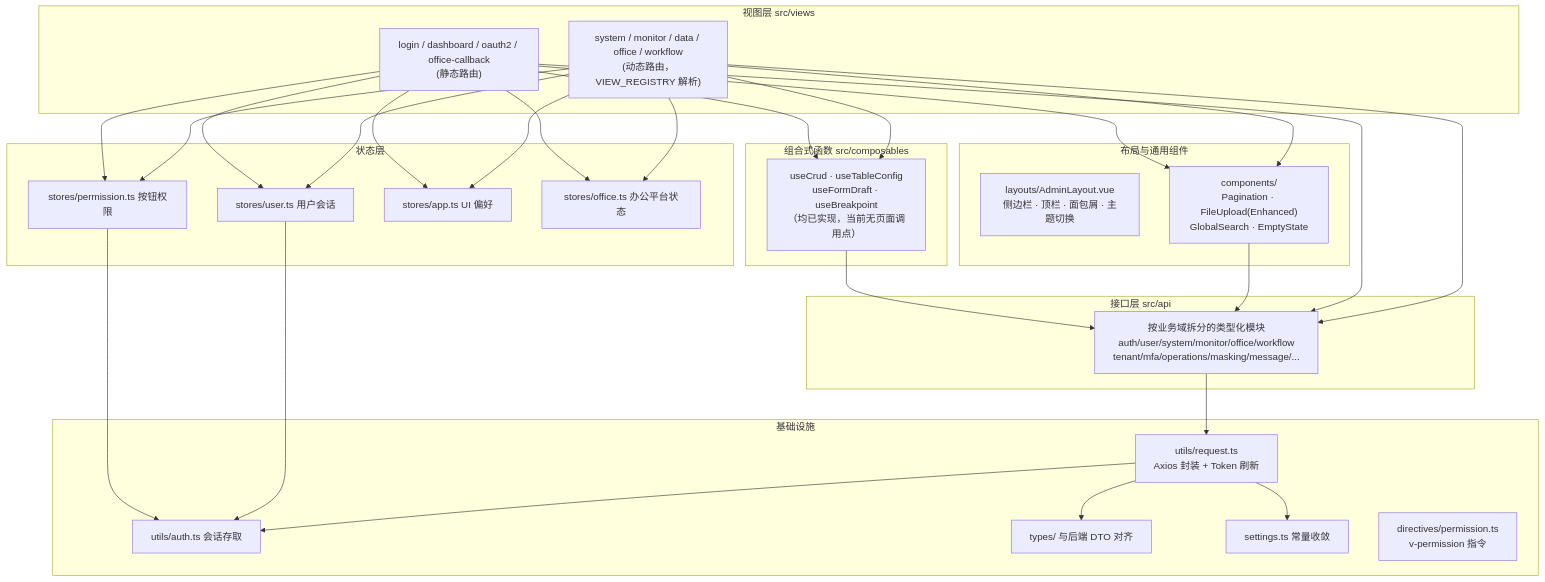
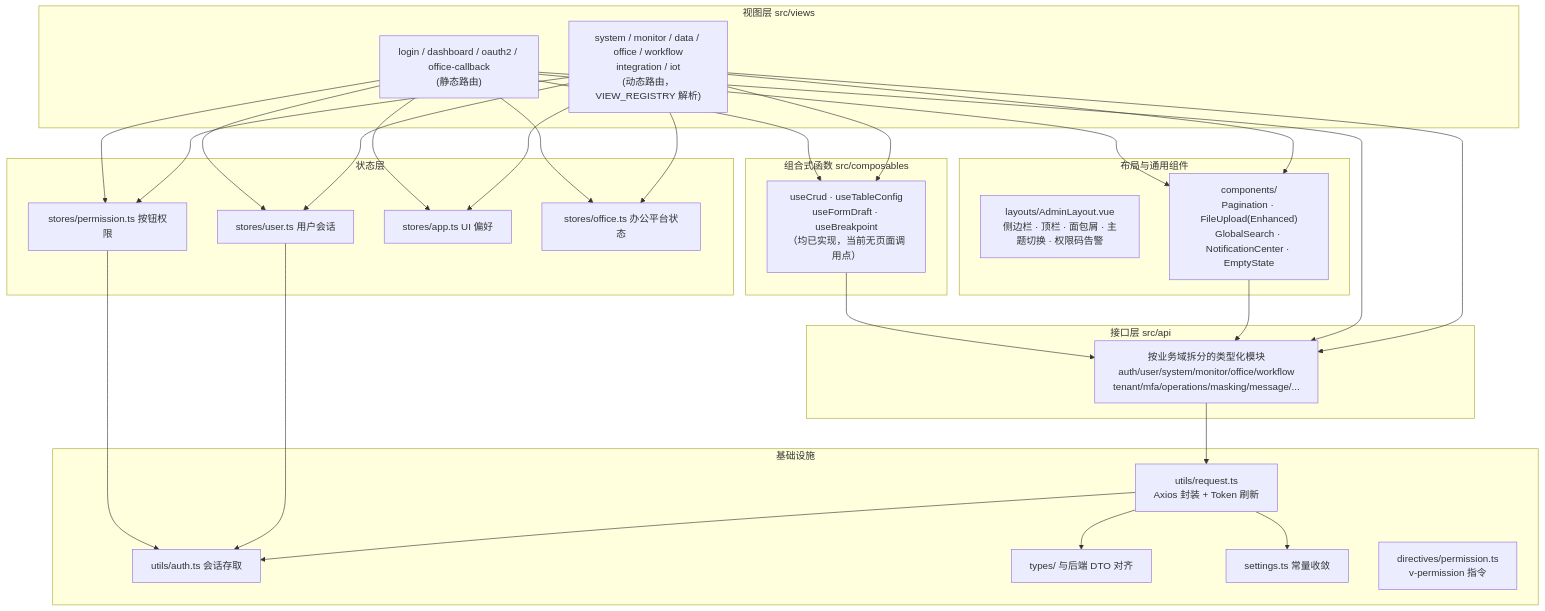
The second of 4 diagrams in docs/architecture/overview.md (apex-cloud-service/apex-admin-web), drawn with Mermaid before and after one commit. The commit also changed other lines of this file and 22 other files, not shown here.

````diff
--- a/docs/architecture/overview.md
+++ b/docs/architecture/overview.md
@@ -62,44 +68,44 @@
 ```mermaid
 flowchart TB
     subgraph Views["视图层 src/views"]
-        V1["system / monitor / data / office / workflow<br/>(动态路由，VIEW_REGISTRY 解析)"]
+        V1["system / monitor / data / office / workflow<br/>integration / iot<br/>(动态路由，VIEW_REGISTRY 解析)"]
         V2["login / dashboard / oauth2 / office-callback<br/>(静态路由)"]
     end
 
     subgraph Layout["布局与通用组件"]
-        L1["layouts/AdminLayout.vue<br/>侧边栏 · 顶栏 · 面包屑 · 主题切换"]
-        L2["components/<br/>Pagination · FileUpload(Enhanced)<br/>GlobalSearch · EmptyState"]
+        L1["layouts/AdminLayout.vue<br/>侧边栏 · 顶栏 · 面包屑 · 主题切换 · 权限码告警"]
+        L2["components/<br/>Pagination · FileUpload(Enhanced)<br/>GlobalSearch · NotificationCenter · EmptyState"]
     end
 
     subgraph State["状态层"]
         S1["stores/user.ts 用户会话"]
         S2["stores/permission.ts 按钮权限"]
         S3["stores/app.ts UI 偏好"]
         S4["stores/office.ts 办公平台状态"]
     end
 
     subgraph Compose["组合式函数 src/composables"]
         C1["useCrud · useTableConfig<br/>useFormDraft · useBreakpoint<br/>（均已实现，当前无页面调用点）"]
     end
 
     subgraph Api["接口层 src/api"]
         A1["按业务域拆分的类型化模块<br/>auth/user/system/monitor/office/workflow<br/>tenant/mfa/operations/masking/message/..."]
     end
 
     subgraph Infra["基础设施"]
         I1["utils/request.ts<br/>Axios 封装 + Token 刷新"]
         I2["utils/auth.ts 会话存取"]
         I3["types/ 与后端 DTO 对齐"]
         I4["settings.ts 常量收敛"]
         I5["directives/permission.ts<br/>v-permission 指令"]
     end
 
     V1 & V2 --> L2
     V1 & V2 --> S1 & S2 & S3 & S4
     V1 & V2 --> C1
     V1 & V2 & L2 & C1 --> A1
     A1 --> I1
     I1 --> I2 & I4
     S1 & S2 --> I2
     I1 --> I3
 ```
````
